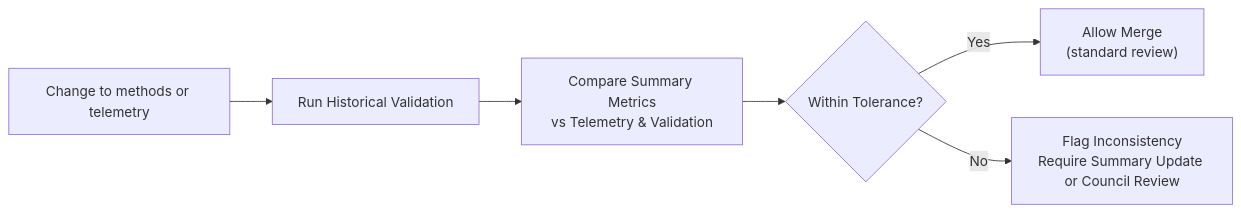
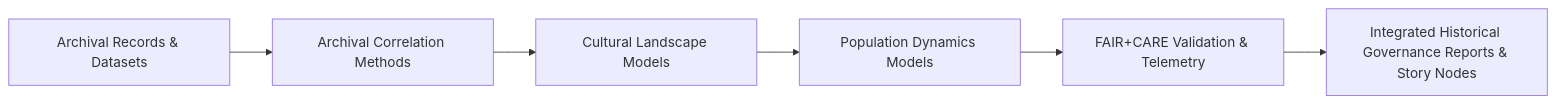
The diagram in docs/analyses/historical/methods/summary-findings.md (bartytime4life/Kansas-Frontier-Matrix), drawn with Mermaid before and after one commit. The commit also changed other lines of this file, not shown here.

````diff
--- a/docs/analyses/historical/methods/summary-findings.md
+++ b/docs/analyses/historical/methods/summary-findings.md
@@ -322,9 +149,9 @@
 ```mermaid
 flowchart LR
-    A["Change to methods or telemetry"]
-        --> B["Run Historical Validation"]
-    B --> C["Compare Summary Metrics\nvs Telemetry & Validation"]
-    C --> D{"Within Tolerance?"}
-    D -->|Yes| E["Allow Merge\n(standard review)"]
-    D -->|No| F["Flag Inconsistency\nRequire Summary Update or Council Review"]
+    A["Archival Records & Datasets"]
+      --> B["Archival Correlation Methods"]
+    B --> C["Cultural Landscape Models"]
+    C --> D["Population Dynamics Models"]
+    D --> E["FAIR+CARE Validation & Telemetry"]
+    E --> F["Integrated Historical Governance Reports & Story Nodes"]
 ```
````
